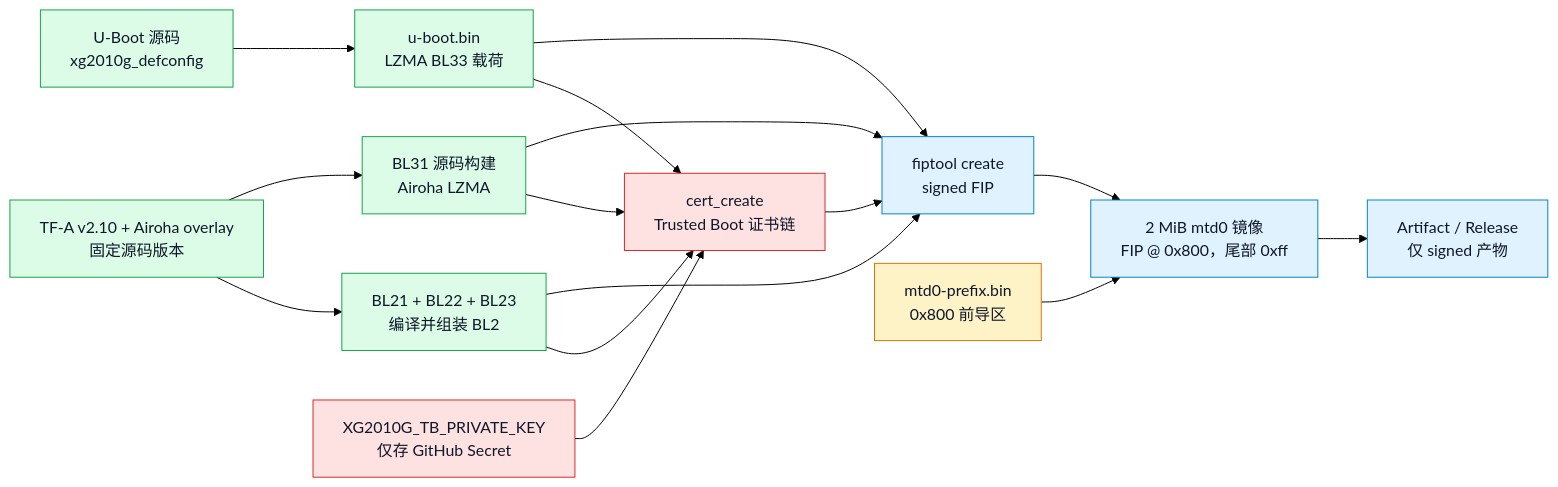
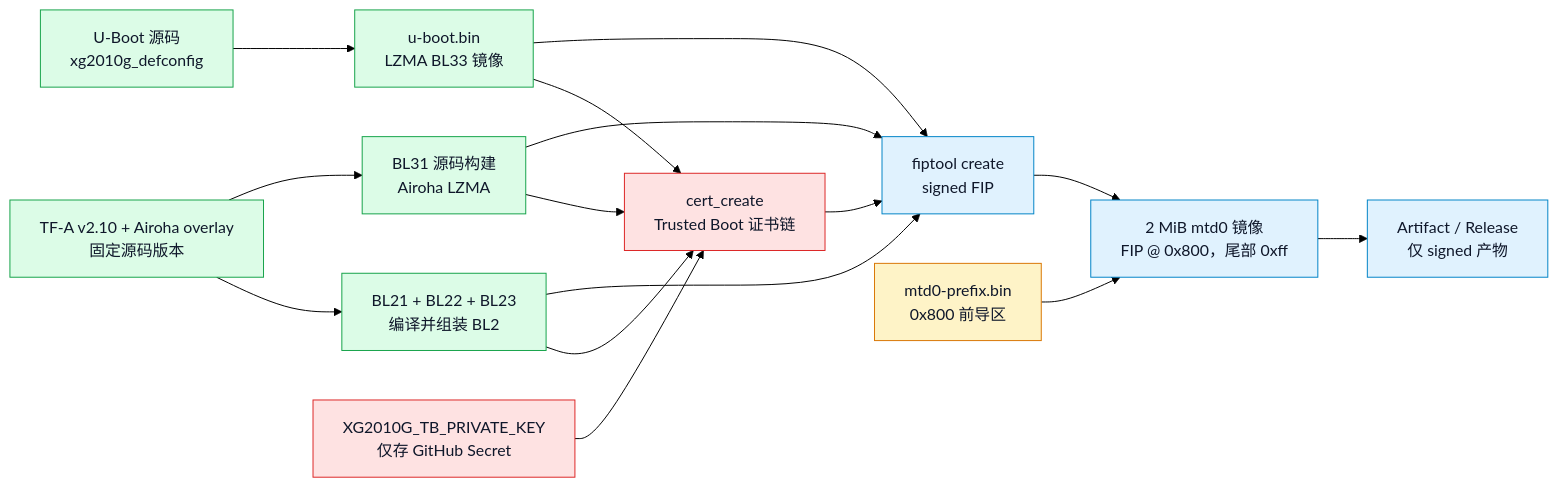
One commit to naoki66/u-boot-xg2010g changed the second of 4 diagrams in README.md. Above: the diagram before and after it, drawn with Mermaid (forest theme). The commit also changed other lines of this file and 5 other files, not shown here.

````diff
--- a/README.md
+++ b/README.md
@@ -203,27 +203,27 @@
 ```mermaid
 flowchart LR
-    U["U-Boot 源码<br/>xg2010g_defconfig"] --> B["u-boot.bin<br/>LZMA BL33 载荷"]
+    U["U-Boot 源码<br/>xg2010g_defconfig"] --> B["u-boot.bin<br/>LZMA BL33 镜像"]
     T["TF-A v2.10 + Airoha overlay<br/>固定源码版本"] --> L2["BL21 + BL22 + BL23<br/>编译并组装 BL2"]
     T --> L31["BL31 源码构建<br/>Airoha LZMA"]
     K["XG2010G_TB_PRIVATE_KEY<br/>仅存 GitHub Secret"] --> C["cert_create<br/>Trusted Boot 证书链"]
     L2 --> C
     L31 --> C
     B --> C
     L2 --> F["fiptool create<br/>signed FIP"]
     L31 --> F
     B --> F
     C --> F
     P["mtd0-prefix.bin<br/>0x800 前导区"] --> M["2 MiB mtd0 镜像<br/>FIP @ 0x800，尾部 0xff"]
     F --> M
     M --> A["Artifact / Release<br/>仅 signed 产物"]
 
     classDef src fill:#dcfce7,stroke:#16a34a,color:#0f172a;
     classDef stock fill:#fef3c7,stroke:#d97706,color:#0f172a;
     classDef key fill:#fee2e2,stroke:#dc2626,color:#0f172a;
     classDef out fill:#e0f2fe,stroke:#0284c7,color:#0f172a;
 
     class U,B,T,L2,L31 src;
     class P stock;
     class K,C key;
     class F,M,A out;
 ```
````
